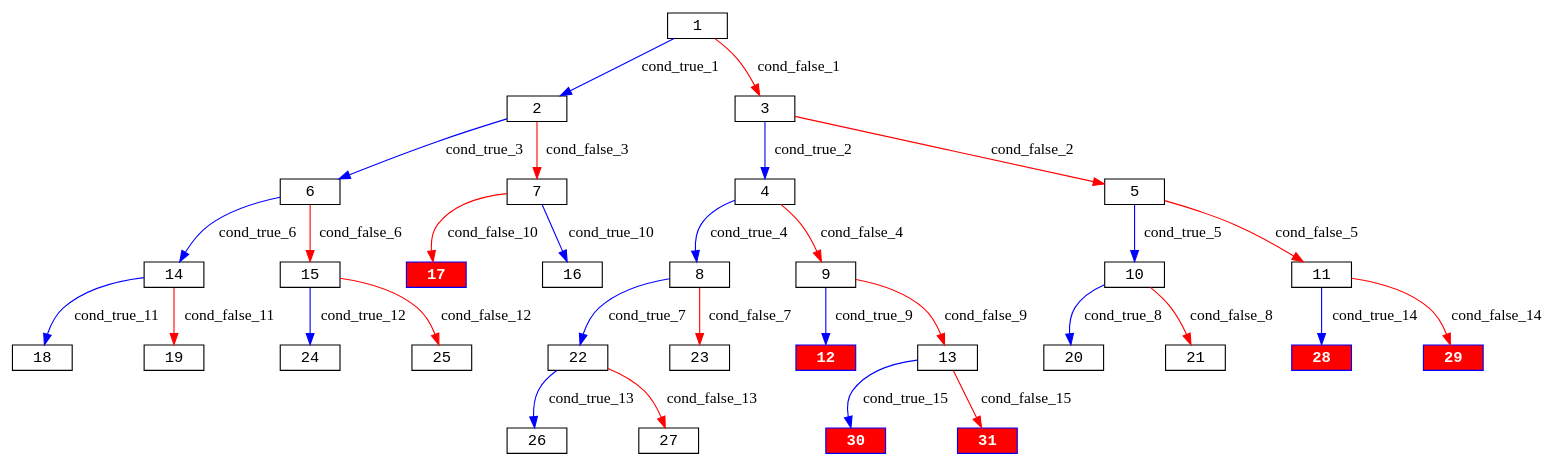
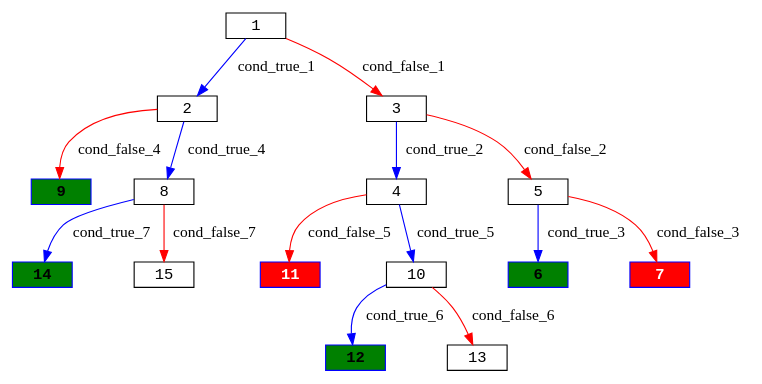
The diagram in klee_results/montyhall_processed/montyhall_execution_tree.dot (Research-Tools-PAVT/PSE-Program-Examples), drawn with Graphviz before and after one commit. The commit also changed 9 other files, not shown here.

```diff
--- a/klee_results/montyhall_processed/montyhall_execution_tree.dot
+++ b/klee_results/montyhall_processed/montyhall_execution_tree.dot
@@ -1,39 +1,23 @@
 digraph ExecutionTree {
 	node [color=black fontname=Courier height=.1 shape=record]
-	17 [color=blue, fillcolor=red, style=filled, fontcolor=white, fontname="Courier-Bold"]
-	30 [color=blue, fillcolor=red, style=filled, fontcolor=white, fontname="Courier-Bold"]
-	28 [color=blue, fillcolor=red, style=filled, fontcolor=white, fontname="Courier-Bold"]
-	31 [color=blue, fillcolor=red, style=filled, fontcolor=white, fontname="Courier-Bold"]
-	29 [color=blue, fillcolor=red, style=filled, fontcolor=white, fontname="Courier-Bold"]
-	12 [color=blue, fillcolor=red, style=filled, fontcolor=white, fontname="Courier-Bold"]
+	14 [color=blue, fillcolor=green, style=filled, fontcolor=black, fontname="Courier-Bold"]
+	12 [color=blue, fillcolor=green, style=filled, fontcolor=black, fontname="Courier-Bold"]
+	9 [color=blue, fillcolor=green, style=filled, fontcolor=black, fontname="Courier-Bold"]
+	6 [color=blue, fillcolor=green, style=filled, fontcolor=black, fontname="Courier-Bold"]
+	11 [color=blue, fillcolor=red, style=filled, fontcolor=white, fontname="Courier-Bold"]
+	7 [color=blue, fillcolor=red, style=filled, fontcolor=white, fontname="Courier-Bold"]
 	1 -> 2 [label=cond_true_1 color=blue]
 	1 -> 3 [label=cond_false_1 color=red]
-	2 -> 6 [label=cond_true_3 color=blue]
-	2 -> 7 [label=cond_false_3 color=red]
+	2 -> 8 [label=cond_true_4 color=blue]
+	2 -> 9 [label=cond_false_4 color=red]
 	3 -> 4 [label=cond_true_2 color=blue]
 	3 -> 5 [label=cond_false_2 color=red]
-	4 -> 8 [label=cond_true_4 color=blue]
-	4 -> 9 [label=cond_false_4 color=red]
-	5 -> 10 [label=cond_true_5 color=blue]
-	5 -> 11 [label=cond_false_5 color=red]
-	6 -> 14 [label=cond_true_6 color=blue]
-	6 -> 15 [label=cond_false_6 color=red]
-	7 -> 16 [label=cond_true_10 color=blue]
-	7 -> 17 [label=cond_false_10 color=red]
-	8 -> 22 [label=cond_true_7 color=blue]
-	8 -> 23 [label=cond_false_7 color=red]
-	9 -> 12 [label=cond_true_9 color=blue]
-	9 -> 13 [label=cond_false_9 color=red]
-	10 -> 20 [label=cond_true_8 color=blue]
-	10 -> 21 [label=cond_false_8 color=red]
-	11 -> 28 [label=cond_true_14 color=blue]
-	11 -> 29 [label=cond_false_14 color=red]
-	14 -> 18 [label=cond_true_11 color=blue]
-	14 -> 19 [label=cond_false_11 color=red]
-	15 -> 24 [label=cond_true_12 color=blue]
-	15 -> 25 [label=cond_false_12 color=red]
-	22 -> 26 [label=cond_true_13 color=blue]
-	22 -> 27 [label=cond_false_13 color=red]
-	13 -> 30 [label=cond_true_15 color=blue]
-	13 -> 31 [label=cond_false_15 color=red]
+	4 -> 10 [label=cond_true_5 color=blue]
+	4 -> 11 [label=cond_false_5 color=red]
+	5 -> 6 [label=cond_true_3 color=blue]
+	5 -> 7 [label=cond_false_3 color=red]
+	8 -> 14 [label=cond_true_7 color=blue]
+	8 -> 15 [label=cond_false_7 color=red]
+	10 -> 12 [label=cond_true_6 color=blue]
+	10 -> 13 [label=cond_false_6 color=red]
 }
```
